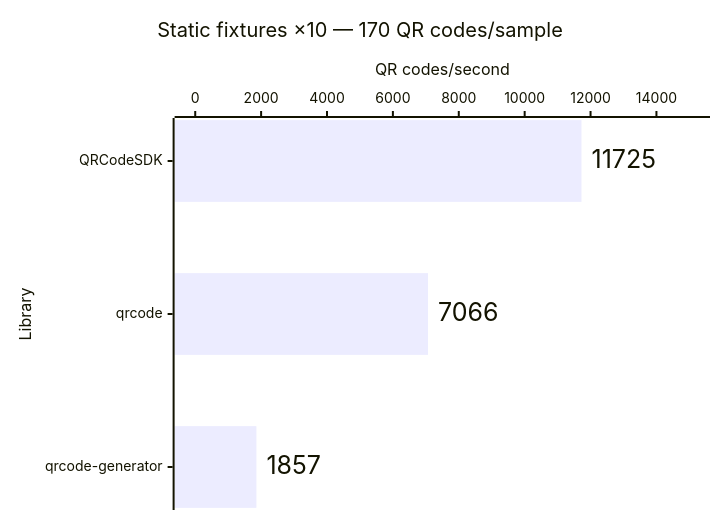
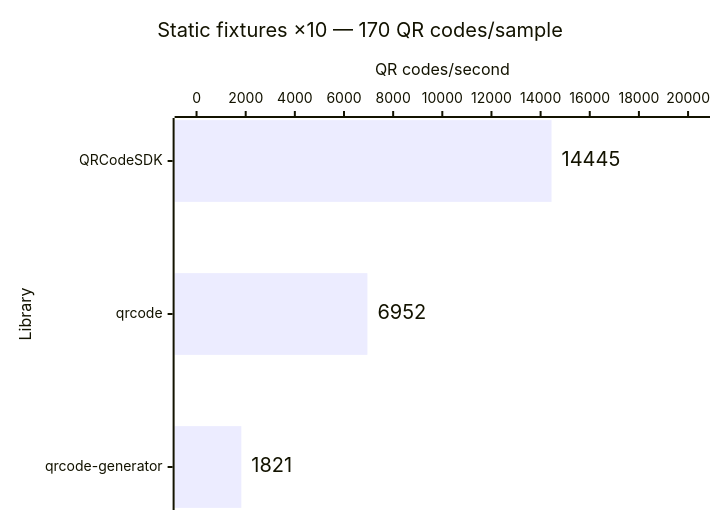
The second of 14 diagrams in apps/docs/src/content/docs/learn/performance.md (Dafnik/qrcodesdk), drawn with Mermaid before and after one commit. The commit also changed other lines of this file and 417 other files, not shown here.

````diff
--- a/apps/docs/src/content/docs/learn/performance.md
+++ b/apps/docs/src/content/docs/learn/performance.md
@@ -45,15 +45,15 @@
 ```mermaid
 ---
 config:
   xyChart:
     showDataLabel: true
     showDataLabelOutsideBar: true
 ---
 xychart horizontal
   accTitle: Matrix generation: Static fixtures ×10 — 170 QR codes/sample
-  accDescr: Throughput calculated from median time. QRCodeSDK 11,725 QR codes per second, qrcode 7,066 QR codes per second, qrcode-generator 1,857 QR codes per second. Higher is better.
+  accDescr: Throughput calculated from median time. QRCodeSDK 14,445 QR codes per second, qrcode 6,952 QR codes per second, qrcode-generator 1,821 QR codes per second. Higher is better.
   title "Static fixtures ×10 — 170 QR codes/sample"
   x-axis "Library" ["QRCodeSDK", "qrcode", "qrcode-generator"]
-  y-axis "QR codes/second" 0 --> 15000
-  bar [11725, 7066, 1857]
+  y-axis "QR codes/second" 0 --> 20000
+  bar [14445, 6952, 1821]
 ```
````
